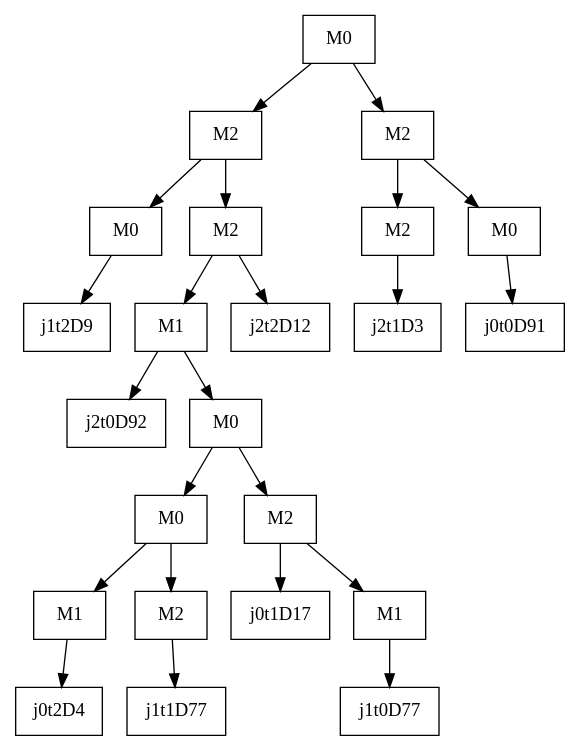
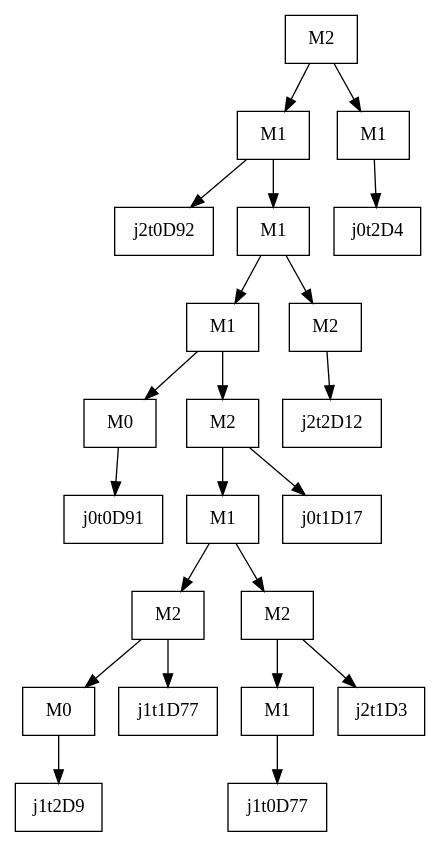
The diagram in src/problems/test.dot (thearusable/GeneticProgramming), drawn with Graphviz before and after one commit. The commit also changed 7 other files, not shown here.

```diff
--- a/src/problems/test.dot
+++ b/src/problems/test.dot
@@ -1,49 +1,47 @@
 digraph g {
 graph [ordering=out];
 node [shape=rectangle];
-n[label = "M0"];
-n0[label = "M2"];
-n00[label = "M0"];
-n000[label = "j1t2D9"];
-n00 -> n000;
+n[label = "M2"];
+n0[label = "M1"];
+n00[label = "j2t0D92"];
 n0 -> n00;
-n01[label = "M2"];
+n01[label = "M1"];
 n010[label = "M1"];
-n0100[label = "j2t0D92"];
+n0100[label = "M0"];
+n01000[label = "j0t0D91"];
+n0100 -> n01000;
 n010 -> n0100;
-n0101[label = "M0"];
-n01010[label = "M0"];
-n010100[label = "M1"];
-n0101000[label = "j0t2D4"];
+n0101[label = "M2"];
+n01010[label = "M1"];
+n010100[label = "M2"];
+n0101000[label = "M0"];
+n01010000[label = "j1t2D9"];
+n0101000 -> n01010000;
 n010100 -> n0101000;
+n0101001[label = "j1t1D77"];
+n010100 -> n0101001;
 n01010 -> n010100;
 n010101[label = "M2"];
-n0101010[label = "j1t1D77"];
+n0101010[label = "M1"];
+n01010100[label = "j1t0D77"];
+n0101010 -> n01010100;
 n010101 -> n0101010;
+n0101011[label = "j2t1D3"];
+n010101 -> n0101011;
 n01010 -> n010101;
 n0101 -> n01010;
-n01011[label = "M2"];
-n010110[label = "j0t1D17"];
-n01011 -> n010110;
-n010111[label = "M1"];
-n0101110[label = "j1t0D77"];
-n010111 -> n0101110;
-n01011 -> n010111;
+n01011[label = "j0t1D17"];
 n0101 -> n01011;
 n010 -> n0101;
 n01 -> n010;
-n011[label = "j2t2D12"];
+n011[label = "M2"];
+n0110[label = "j2t2D12"];
+n011 -> n0110;
 n01 -> n011;
 n0 -> n01;
 n -> n0;
-n1[label = "M2"];
-n10[label = "M2"];
-n100[label = "j2t1D3"];
-n10 -> n100;
+n1[label = "M1"];
+n10[label = "j0t2D4"];
 n1 -> n10;
-n11[label = "M0"];
-n110[label = "j0t0D91"];
-n11 -> n110;
-n1 -> n11;
 n -> n1;
 }
```
